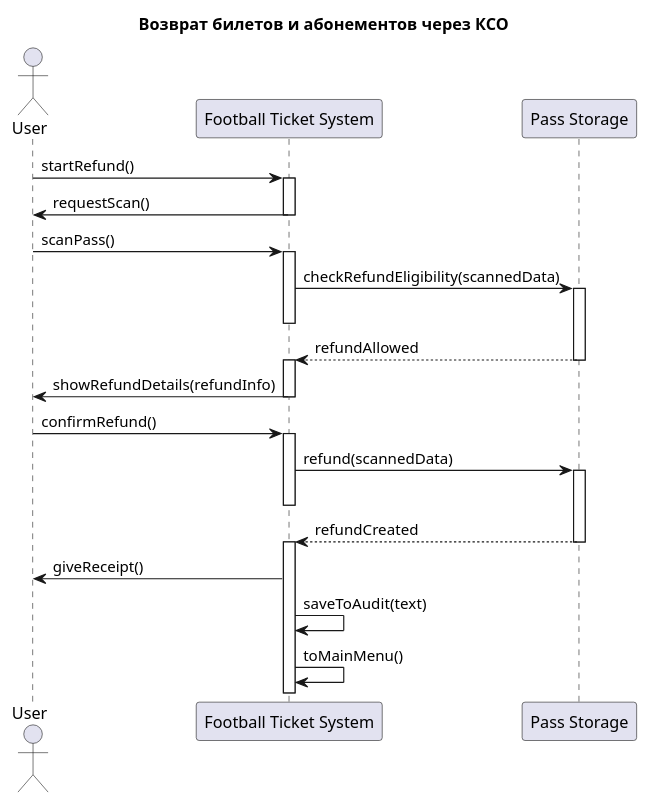
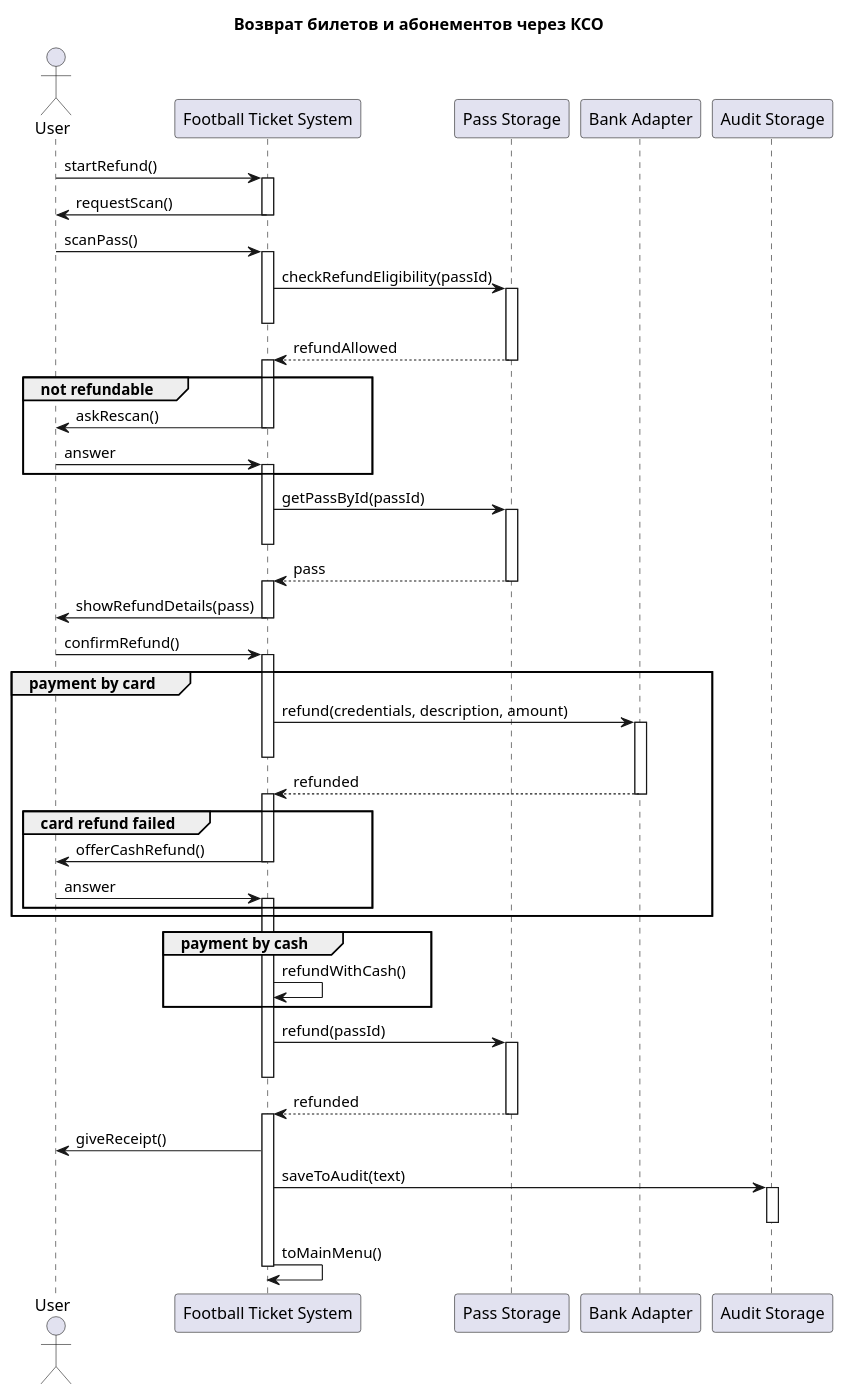
The diagram in Преценденты/Возврат билетов и абонементов/Диаграмма последовательности.md (penamarth/bsbo-11-24_team5_var10_football), drawn with PlantUML before and after one commit. The commit also changed 4 other files, not shown here.

Commit message:
Update diagrams

````diff
--- a/Преценденты/Возврат билетов и абонементов/Диаграмма последовательности.md
+++ b/Преценденты/Возврат билетов и абонементов/Диаграмма последовательности.md
@@ -3,46 +3,82 @@
 ```plantuml
 @startuml
 title Возврат билетов и абонементов через КСО
 
 actor "User" as User
 participant "Football Ticket System" as FTS
 participant "Pass Storage" as PassStorage
+participant "Bank Adapter" as Bank
+participant "Audit Storage" as Audit
 
 User -> FTS : startRefund()
 activate FTS
 
 FTS -> User : requestScan()
 deactivate FTS
 
 User -> FTS : scanPass()
 activate FTS
 
-FTS -> PassStorage : checkRefundEligibility(scannedData)
+FTS -> PassStorage : checkRefundEligibility(passId)
 activate PassStorage
 deactivate FTS
 PassStorage --> FTS : refundAllowed
 deactivate PassStorage
 activate FTS
 
-FTS -> User : showRefundDetails(refundInfo)
+group not refundable
+	FTS -> User : askRescan()
+	deactivate FTS
+	User -> FTS : answer
+	activate FTS
+end
+
+FTS -> PassStorage : getPassById(passId)
+activate PassStorage
+deactivate FTS
+PassStorage --> FTS : pass
+deactivate PassStorage
+activate FTS
+
+FTS -> User : showRefundDetails(pass)
 deactivate FTS
 
 User -> FTS : confirmRefund()
 activate FTS
 
-FTS -> PassStorage : refund(scannedData)
+group payment by card
+	FTS -> Bank : refund(credentials, description, amount)
+	activate Bank
+	deactivate FTS
+	Bank --> FTS : refunded
+	deactivate Bank
+	activate FTS
+
+	group card refund failed
+		FTS -> User : offerCashRefund()
+		deactivate FTS
+		User -> FTS : answer
+		activate FTS
+	end
+end
+
+group payment by cash
+	FTS -> FTS : refundWithCash()
+end
+
+FTS -> PassStorage : refund(passId)
 activate PassStorage
 deactivate FTS
-
-PassStorage --> FTS : refundCreated
+PassStorage --> FTS : refunded
 deactivate PassStorage
 activate FTS
 
 FTS -> User : giveReceipt()
-
-FTS -> FTS : saveToAudit(text)
-
+FTS -> Audit : saveToAudit(text)
+activate Audit
+deactivate Audit
 FTS -> FTS : toMainMenu()
 
+deactivate FTS
 @enduml
 ```
````
